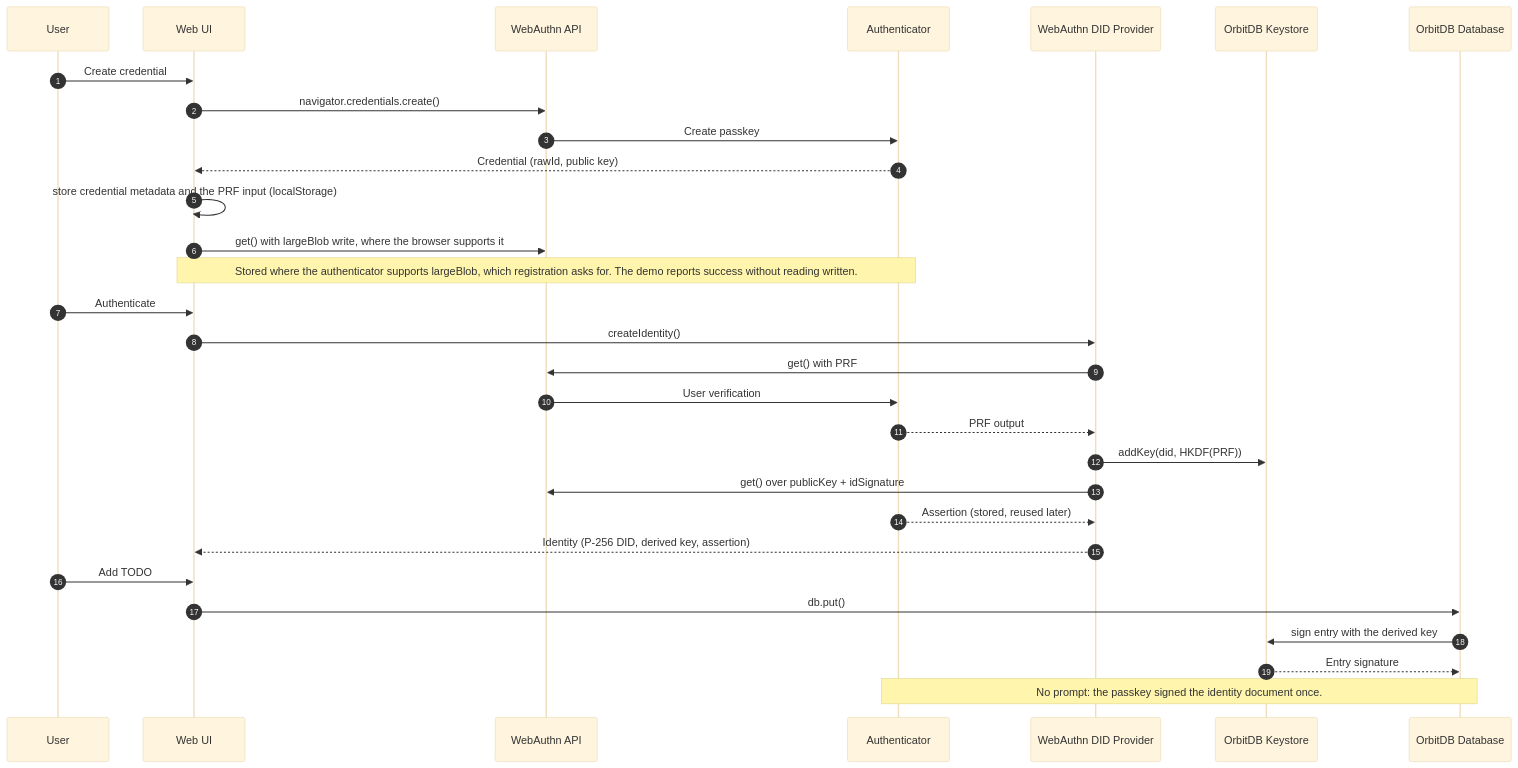
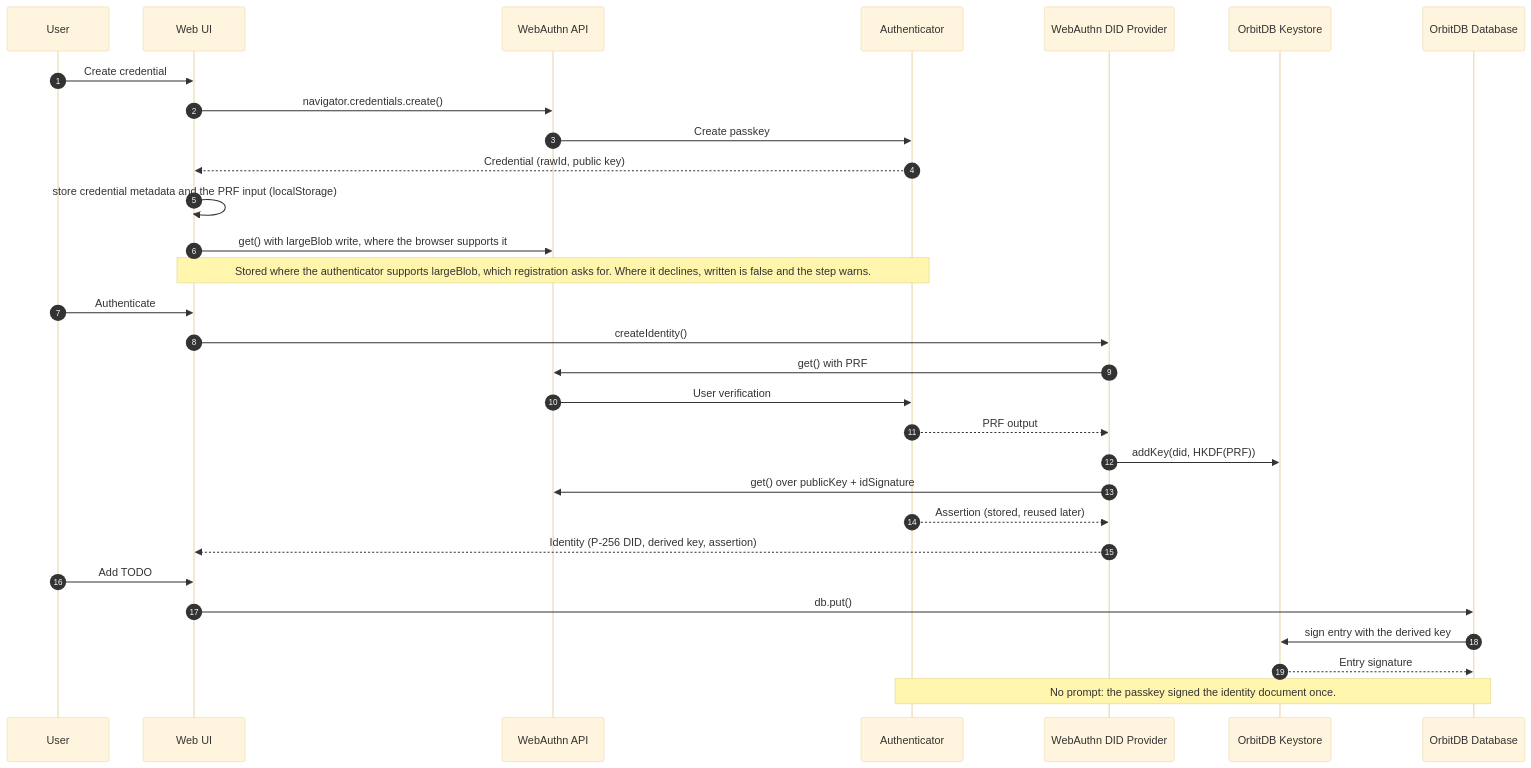
The diagram in examples/webauthn-todo-demo/README.md (Le-Space/orbitdb-identity-provider-webauthn-did), drawn with Mermaid (base theme) before and after one commit. The commit also changed 5 other files, not shown here.

````diff
--- a/examples/webauthn-todo-demo/README.md
+++ b/examples/webauthn-todo-demo/README.md
@@ -79,35 +79,35 @@
 ```mermaid
 sequenceDiagram
   autonumber
   participant User
   participant App as Web UI
   participant WebAuthn as WebAuthn API
   participant Auth as Authenticator
   participant Prov as WebAuthn DID Provider
   participant KS as OrbitDB Keystore
   participant DB as OrbitDB Database
 
   User->>App: Create credential
   App->>WebAuthn: navigator.credentials.create()
   WebAuthn->>Auth: Create passkey
   Auth-->>App: Credential (rawId, public key)
   App->>App: store credential metadata and the PRF input (localStorage)
   App->>WebAuthn: get() with largeBlob write, where the browser supports it
-  Note over App,Auth: Stored where the authenticator supports largeBlob, which registration asks for. The demo reports success without reading written.
+  Note over App,Auth: Stored where the authenticator supports largeBlob, which registration asks for. Where it declines, written is false and the step warns.
 
   User->>App: Authenticate
   App->>Prov: createIdentity()
   Prov->>WebAuthn: get() with PRF
   WebAuthn->>Auth: User verification
   Auth-->>Prov: PRF output
   Prov->>KS: addKey(did, HKDF(PRF))
   Prov->>WebAuthn: get() over publicKey + idSignature
   Auth-->>Prov: Assertion (stored, reused later)
   Prov-->>App: Identity (P-256 DID, derived key, assertion)
 
   User->>App: Add TODO
   App->>DB: db.put()
   DB->>KS: sign entry with the derived key
   KS-->>DB: Entry signature
   Note over Auth,DB: No prompt: the passkey signed the identity document once.
 ```
````
